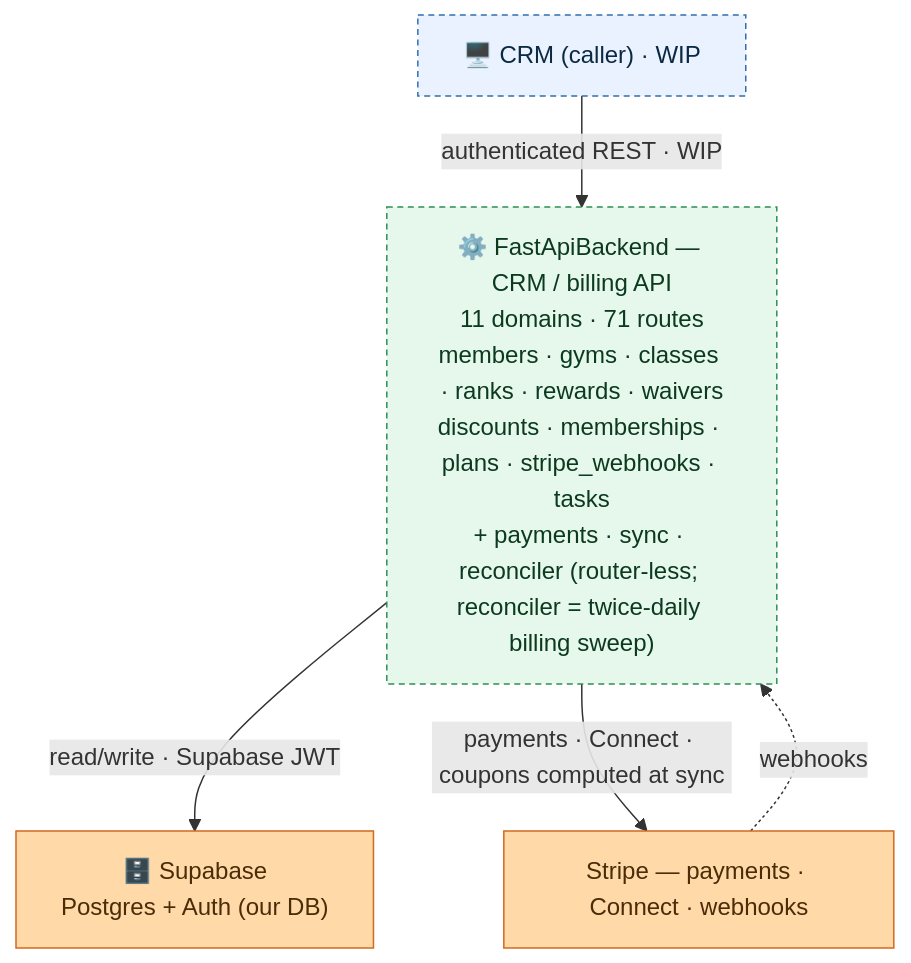
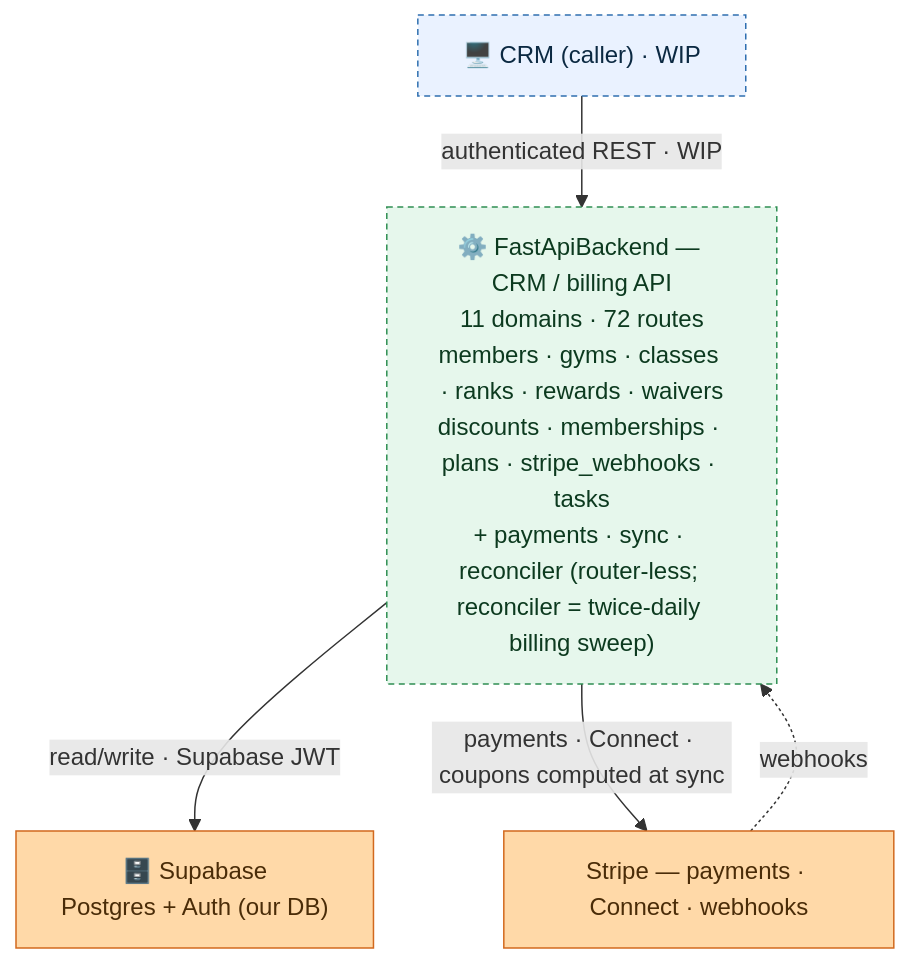
One commit to jesse51002/CombatDen changed the diagram in FastApiBackend/README.md. Above: the diagram before and after it, drawn with Mermaid. The commit also changed other lines of this file and 14 other files, not shown here.

````diff
--- a/FastApiBackend/README.md
+++ b/FastApiBackend/README.md
@@ -15,19 +15,19 @@
 ```mermaid
 flowchart TB
   CRM["🖥️ CRM (caller) · WIP"]
-  FB["⚙️ FastApiBackend — CRM / billing API<br/>11 domains · 71 routes<br/>members · gyms · classes · ranks · rewards · waivers<br/>discounts · memberships · plans · stripe_webhooks · tasks<br/>+ payments · sync · reconciler (router-less; reconciler = twice-daily billing sweep)"]
+  FB["⚙️ FastApiBackend — CRM / billing API<br/>11 domains · 72 routes<br/>members · gyms · classes · ranks · rewards · waivers<br/>discounts · memberships · plans · stripe_webhooks · tasks<br/>+ payments · sync · reconciler (router-less; reconciler = twice-daily billing sweep)"]
   Supabase["🗄️ Supabase<br/>Postgres + Auth (our DB)"]
   Stripe["Stripe — payments · Connect · webhooks"]
   CRM -->|"authenticated REST · WIP"| FB
   FB -->|"read/write · Supabase JWT"| Supabase
   FB -->|"payments · Connect · coupons computed at sync"| Stripe
   Stripe -.->|"webhooks"| FB
   classDef client fill:#eaf2ff,stroke:#2f6fb0,color:#0b2942;
   classDef svc fill:#e6f7ec,stroke:#2f8f53,color:#0c3a1f;
   classDef ext fill:#ffd9a8,stroke:#d2691e,color:#4a2c08;
   class CRM client;
   class FB svc;
   class Supabase,Stripe ext;
   style CRM stroke-dasharray:4 3;
   style FB stroke-dasharray:4 3;
 ```
````
